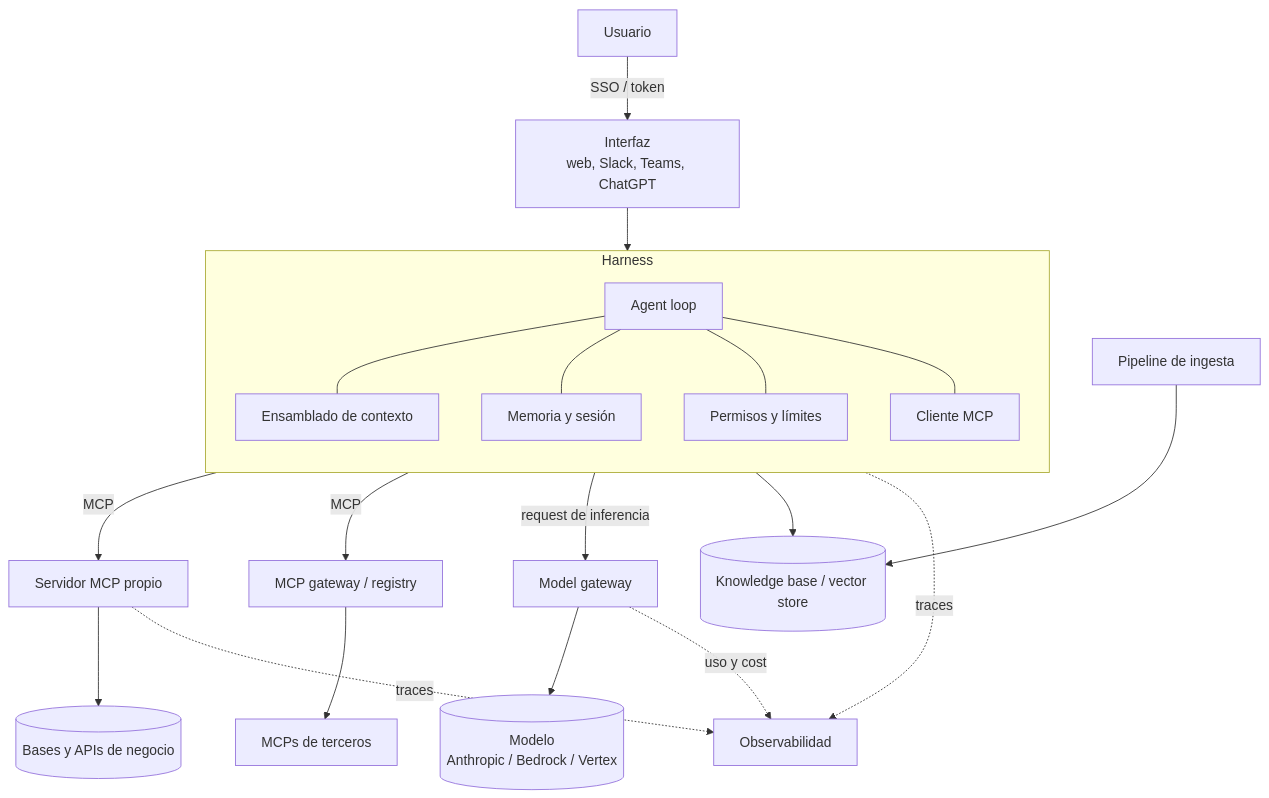
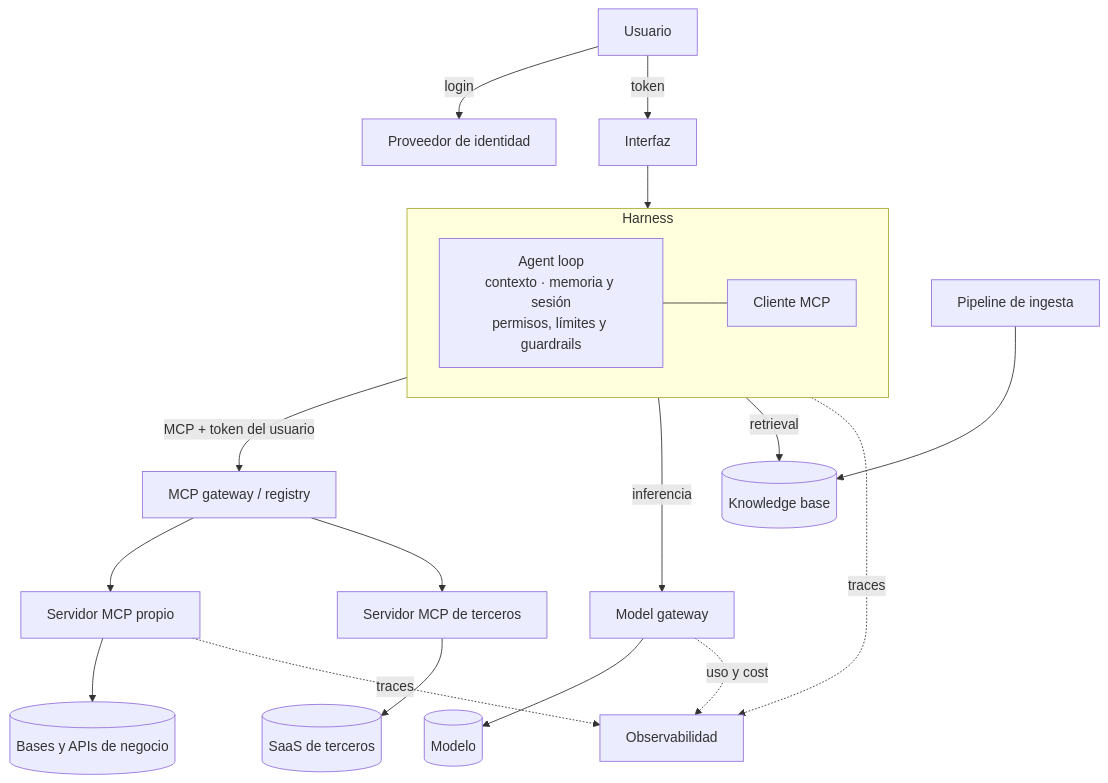
The first of 2 diagrams in docs/01-anatomia.md (PatricioCabrera/manual-ia), drawn with Mermaid before and after one commit. The commit also changed other lines of this file, not shown here.

````diff
--- a/docs/01-anatomia.md
+++ b/docs/01-anatomia.md
@@ -23,28 +25,27 @@
 ```mermaid
 flowchart TB
-    U[Usuario] -->|SSO / token| FE[Interfaz<br/>web, Slack, Teams, ChatGPT]
+    U[Usuario] -->|login| IDP[Proveedor de identidad]
+    U -->|token| FE[Interfaz]
     FE --> H
 
     subgraph H[Harness]
-        direction TB
-        L[Agent loop] --- CE[Ensamblado de contexto]
-        L --- MEM[Memoria y sesión]
-        L --- PERM[Permisos y límites]
-        L --- MC[Cliente MCP]
+        direction LR
+        L["Agent loop<br/>contexto · memoria y sesión<br/>permisos, límites y guardrails"] --- MC[Cliente MCP]
     end
 
-    H -->|request de inferencia| GW[Model gateway]
-    GW --> M[(Modelo<br/>Anthropic / Bedrock / Vertex)]
+    H -->|inferencia| GW[Model gateway]
+    GW --> M[(Modelo)]
 
-    MC -->|MCP| S1[Servidor MCP propio]
-    MC -->|MCP| MG[MCP gateway / registry]
-    MG --> S2[MCPs de terceros]
+    MC -->|MCP + token del usuario| MG[MCP gateway / registry]
+    MG --> S1[Servidor MCP propio]
+    MG --> S2[Servidor MCP de terceros]
+    S1 --> DB[(Bases y APIs de negocio)]
+    S2 --> SAAS[(SaaS de terceros)]
 
-    S1 --> DB[(Bases y APIs de negocio)]
-    H --> KB[(Knowledge base / vector store)]
+    H -->|retrieval| KB[(Knowledge base)]
     ING[Pipeline de ingesta] --> KB
 
     H -.traces.-> OBS[Observabilidad]
     S1 -.traces.-> OBS
     GW -.uso y costo.-> OBS
 ```
````
